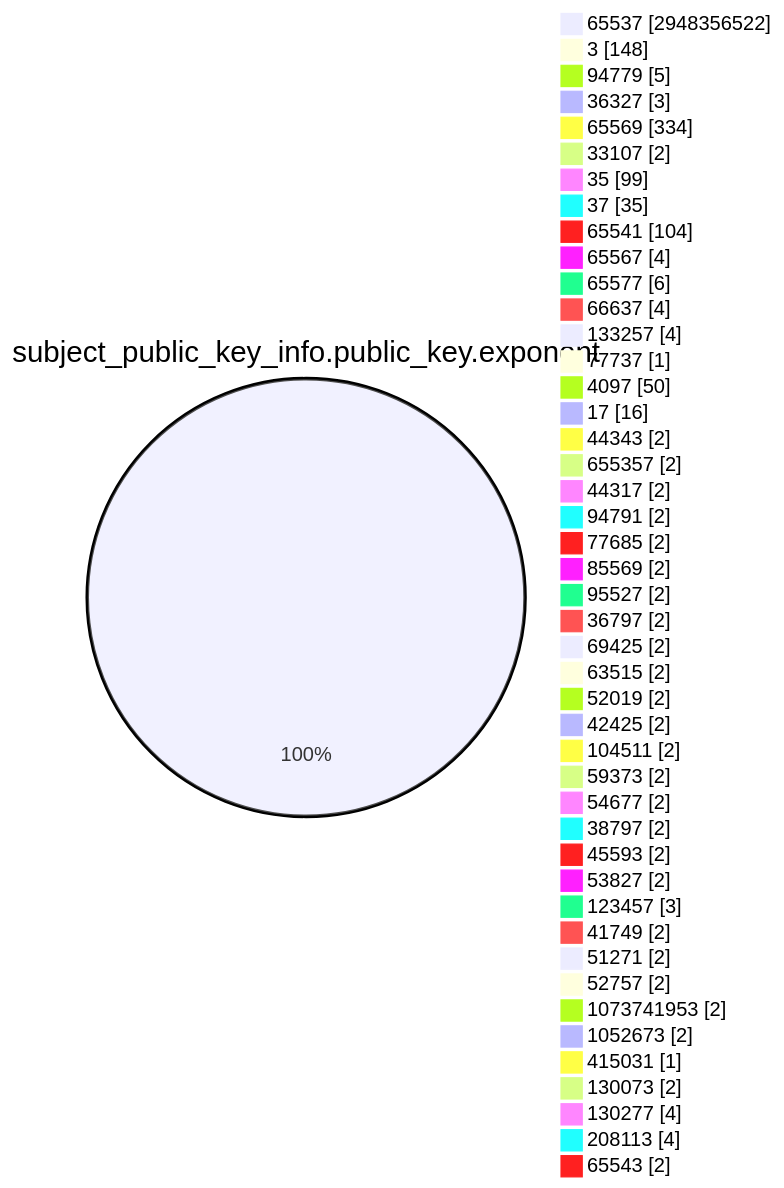
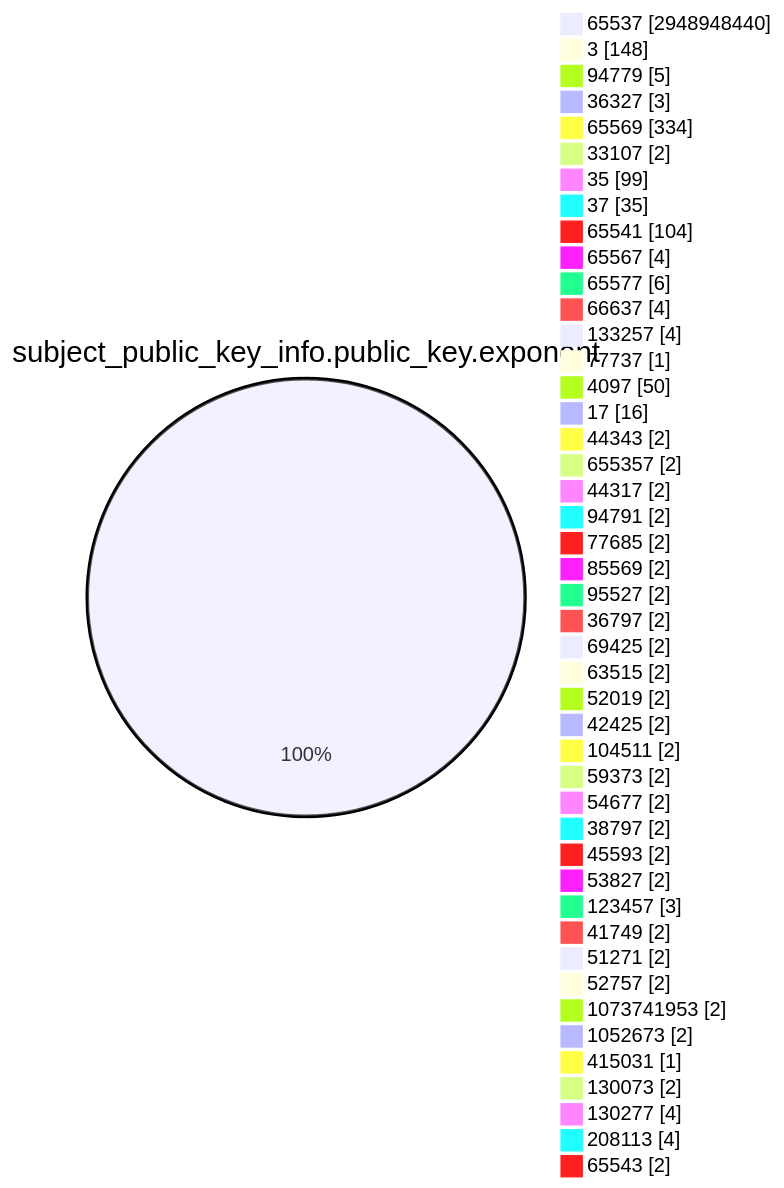
One commit to christiankrug/ctmonitor_visualization changed the fourth of 15 diagrams in TOTAL/README.md. Above: the diagram before and after it, drawn with Mermaid. The commit also changed other lines of this file, not shown here.

````diff
--- a/TOTAL/README.md
+++ b/TOTAL/README.md
@@ -1471,49 +1471,49 @@
 ```mermaid
 pie showData
 title subject_public_key_info.public_key.exponent
-"65537" :2948356522
+"65537" :2948948440
 "3" :148
 "94779" :5
 "36327" :3
 "65569" :334
 "33107" :2
 "35" :99
 "37" :35
 "65541" :104
 "65567" :4
 "65577" :6
 "66637" :4
 "133257" :4
 "77737" :1
 "4097" :50
 "17" :16
 "44343" :2
 "655357" :2
 "44317" :2
 "94791" :2
 "77685" :2
 "85569" :2
 "95527" :2
 "36797" :2
 "69425" :2
 "63515" :2
 "52019" :2
 "42425" :2
 "104511" :2
 "59373" :2
 "54677" :2
 "38797" :2
 "45593" :2
 "53827" :2
 "123457" :3
 "41749" :2
 "51271" :2
 "52757" :2
 "1073741953" :2
 "1052673" :2
 "415031" :1
 "130073" :2
 "130277" :4
 "208113" :4
 "65543" :2
 ```
````
